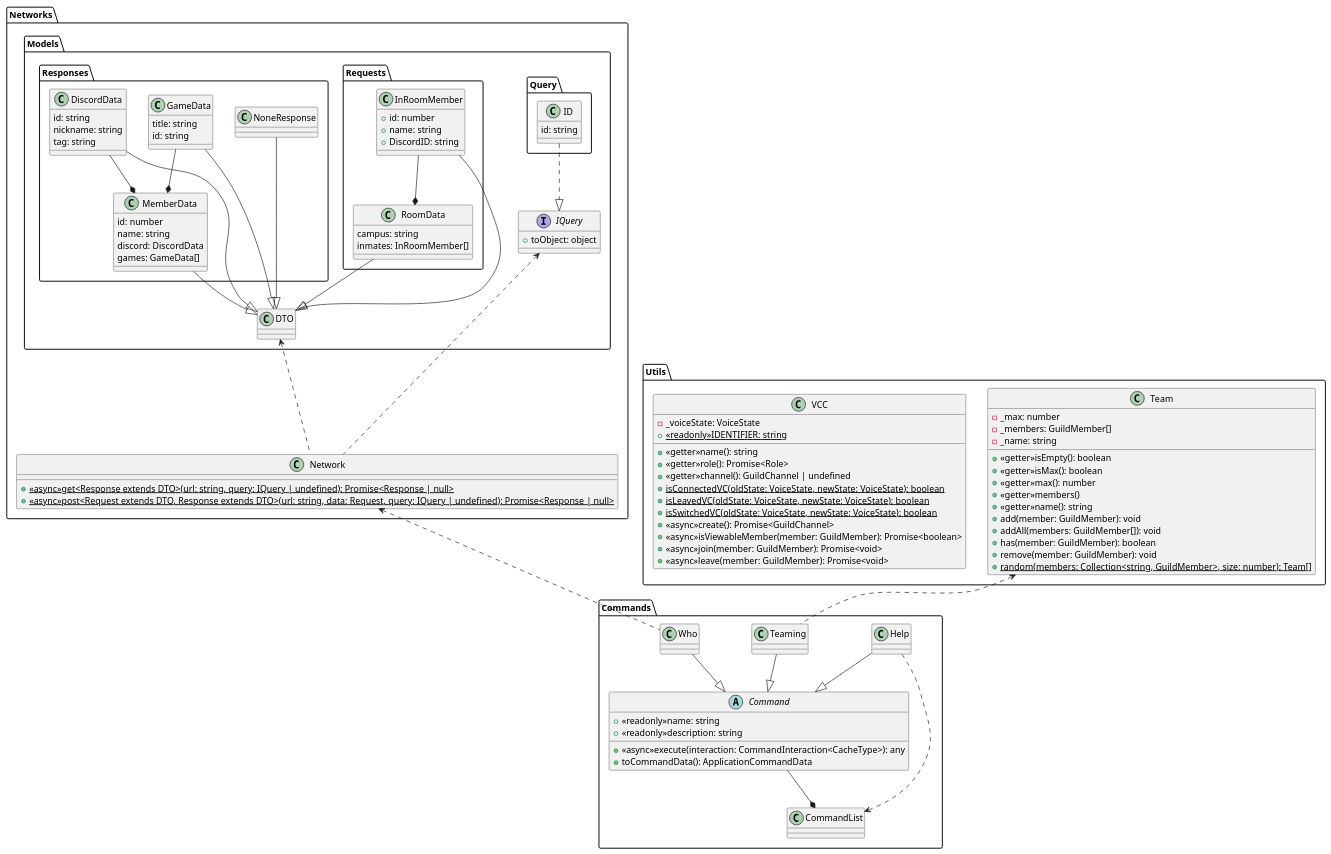
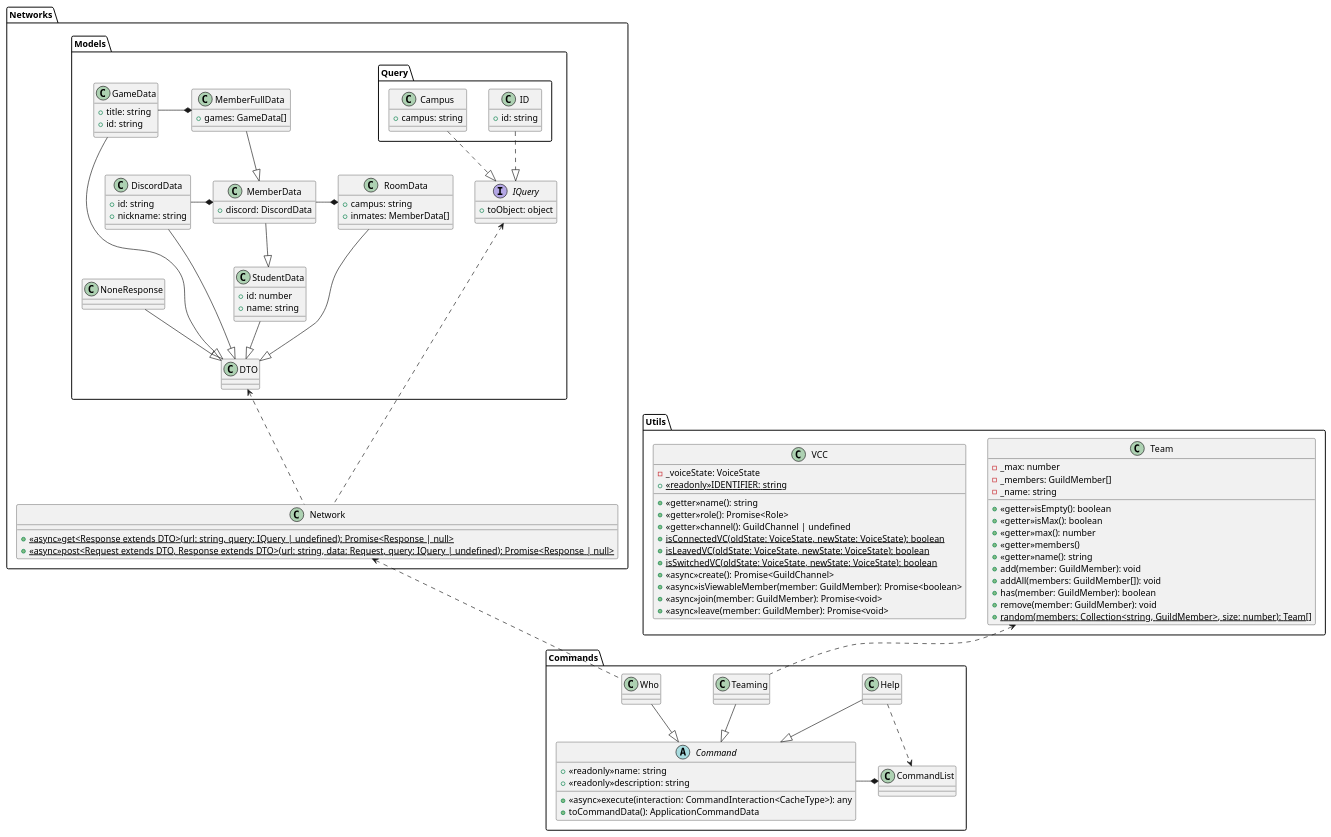
One commit to nmskm240/Discord-bot changed the diagram in classDiaglam.pu. Above: the diagram before and after it, drawn with PlantUML. The commit also changed 17 other files, not shown here.

```diff
--- a/classDiaglam.pu
+++ b/classDiaglam.pu
@@ -1,145 +1,146 @@
 @startuml Discord-bot
 
 package Commands
 {
     abstract class Command
     {
         +<<readonly>>name: string
         +<<readonly>>description: string
         +<<async>>execute(interaction: CommandInteraction<CacheType>): any
         +toCommandData(): ApplicationCommandData
     }
     class CommandList
     class Help
     class Teaming
     class Who
 }
 
 package Networks
 {
     package Models
     {
         package Query
         {
             class ID
             {
-                id: string
+                +id: string
+            }
+
+            class Campus 
+            {
+                +campus: string
             }
         }
 
-        package Requests
+        class RoomData
         {
-            class InRoomMember
-            {
-                +id: number
-                +name: string
-                +DiscordID: string
-            }
-
-            class RoomData
-            {
-                campus: string
-                inmates: InRoomMember[]
-            }
+            +campus: string
+            +inmates: MemberData[]
         }
 
-        package Responses
+        class DiscordData
         {
-            class DiscordData
-            {
-                id: string
-                nickname: string
-                tag: string
-            }
+            +id: string
+            +nickname: string
+        }
 
-            class GameData
-            {
-                title: string
-                id: string
-            }
+        class GameData
+        {
+            +title: string
+            +id: string
+        }
 
-            class MemberData
-            {
-                id: number
-                name: string
-                discord: DiscordData
-                games: GameData[]
-            }
+        class MemberData
+        {
+            +discord: DiscordData
+        }
 
-            class NoneResponse
+        class MemberFullData
+        {
+            +games: GameData[]
         }
+
+        class StudentData 
+        {
+            +id: number
+            +name: string
+        }
+
+        class NoneResponse
         class DTO
         interface IQuery
         {
             +toObject: object
         }
     }
 
     class Network
     {
         +<<async>>{static}get<Response extends DTO>(url: string, query: IQuery | undefined): Promise<Response | null>
         +<<async>>{static}post<Request extends DTO, Response extends DTO>(url: string, data: Request, query: IQuery | undefined): Promise<Response | null>
     }
 }
 
 package Utils
 {
     class Team
     {
         -_max: number
         -_members: GuildMember[]
         -_name: string
         +<<getter>>isEmpty(): boolean
         +<<getter>>isMax(): boolean
         +<<getter>>max(): number
         +<<getter>>members()
         +<<getter>>name(): string
         +add(member: GuildMember): void
         +addAll(members: GuildMember[]): void
         +has(member: GuildMember): boolean
         +remove(member: GuildMember): void
         +{static}random(members: Collection<string, GuildMember>, size: number): Team[]
     }
 
     class VCC
     {
         -_voiceState: VoiceState
         +<<getter>>name(): string
         +<<getter>>role(): Promise<Role>
         +<<getter>>channel(): GuildChannel | undefined
         +<<readonly>>{static}IDENTIFIER: string
         +{static}isConnectedVC(oldState: VoiceState, newState: VoiceState): boolean
         +{static}isLeavedVC(oldState: VoiceState, newState: VoiceState): boolean
         +{static}isSwitchedVC(oldState: VoiceState, newState: VoiceState): boolean
         +<<async>>create(): Promise<GuildChannel>
         +<<async>>isViewableMember(member: GuildMember): Promise<boolean>
         +<<async>>join(member: GuildMember): Promise<void>
         +<<async>>leave(member: GuildMember): Promise<void>
     }
 }
 
 Help --|> Command
 Teaming --|> Command
 Who --|> Command
 
-InRoomMember --|> DTO
 RoomData --|> DTO
 DiscordData --|> DTO
 GameData --|> DTO
-MemberData --|> DTO
+StudentData --|> DTO
 NoneResponse --|> DTO
+MemberData --|> StudentData
+MemberFullData --|> MemberData
 
+Campus ..|> IQuery
 ID ..|> IQuery
 
-Command --* CommandList
-InRoomMember --* RoomData
-GameData --* MemberData
-DiscordData --* MemberData
+Command -* CommandList
+DiscordData -* MemberData
+GameData -* MemberFullData
+MemberData -* RoomData
 
 Help ..> CommandList
 Teaming .up.> Team
 Who .up.> Network
 Network .up.> IQuery
 Network .up.> DTO
 
 @enduml
```
